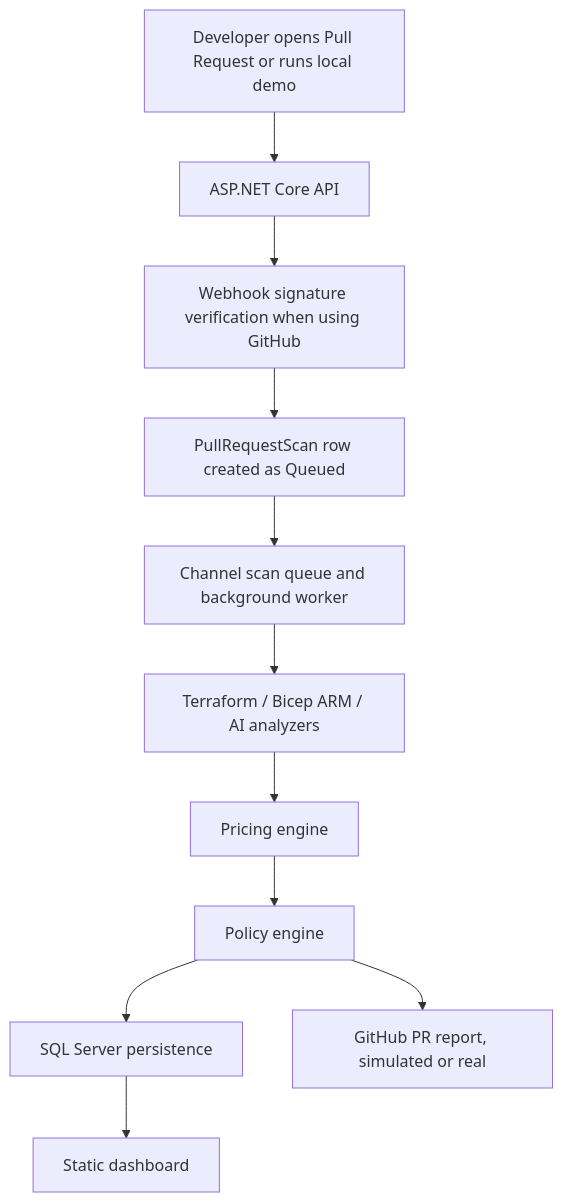
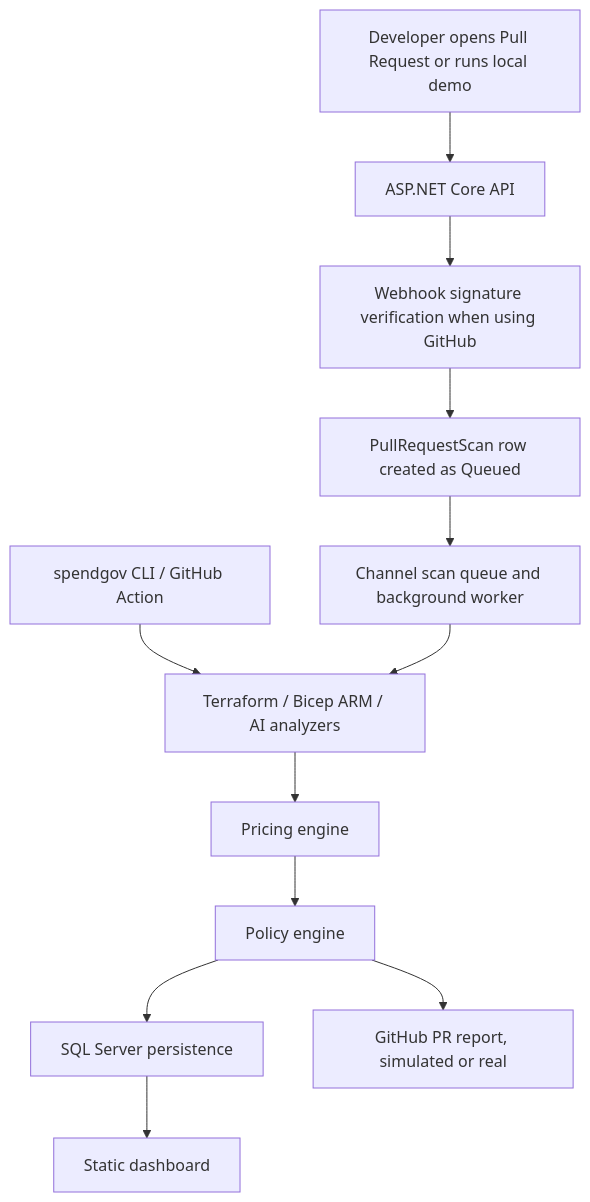
One commit to dahornea/Cloud-AI-Spend-Governor changed the diagram in README.md. Above: the diagram before and after it, drawn with Mermaid. The commit also changed other lines of this file and 13 other files, not shown here.

````diff
--- a/README.md
+++ b/README.md
@@ -31,13 +33,14 @@
 ```mermaid
 flowchart TD
     A["Developer opens Pull Request or runs local demo"] --> B["ASP.NET Core API"]
+    CLI["spendgov CLI / GitHub Action"] --> F
     B --> C["Webhook signature verification when using GitHub"]
     C --> D["PullRequestScan row created as Queued"]
     D --> E["Channel scan queue and background worker"]
     E --> F["Terraform / Bicep ARM / AI analyzers"]
     F --> G["Pricing engine"]
     G --> H["Policy engine"]
     H --> I["SQL Server persistence"]
     H --> J["GitHub PR report, simulated or real"]
     I --> K["Static dashboard"]
 ```
````
